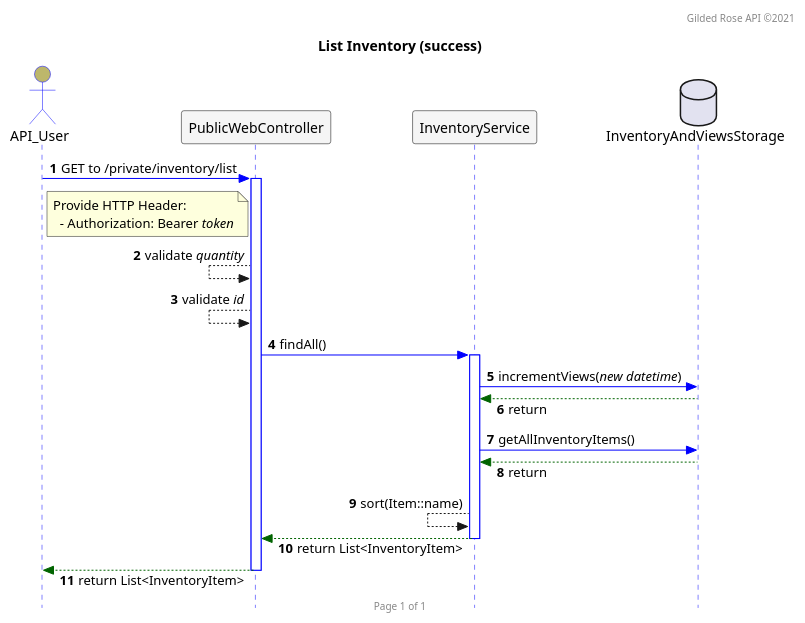
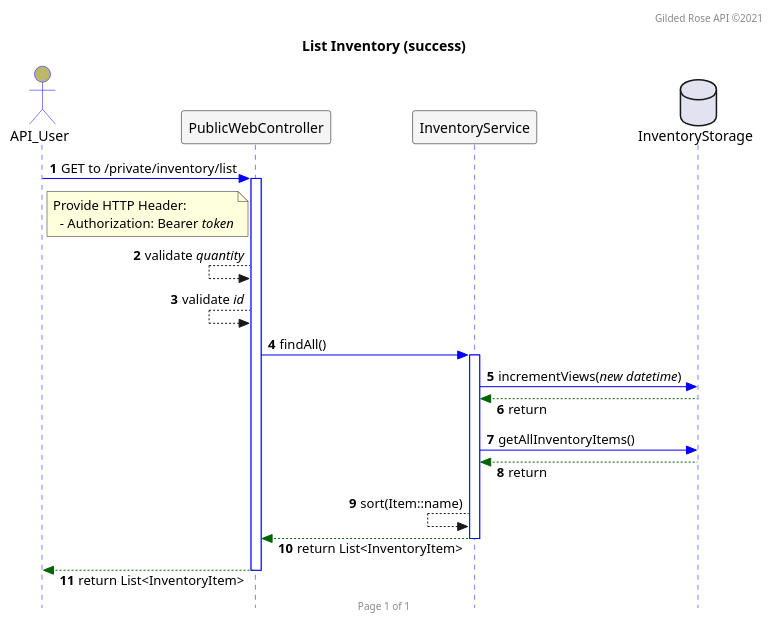
One commit to bladewheels/GildedRoseAPI changed the diagram in src/main/resources/seq.list.puml. Above: the diagram before and after it, drawn with PlantUML.

```diff
--- a/src/main/resources/seq.list.puml
+++ b/src/main/resources/seq.list.puml
@@ -1,47 +1,47 @@
 @startuml
 
 autonumber
 header Gilded Rose API ©2021
 footer Page 1 of 1
 hide footbox
 
 skinparam responseMessageBelowArrow true
 skinparam sequence {
   ActorBackgroundColor DarkKhaki
   ActorBorderColor Blue
   DatabaseBackgroundColor Gray
   DatabaseBorderColor Black
   LifeLineBorderColor Blue
   ParticipantBackgroundColor WhiteSmoke
   ParticipantBorderColor Black
 }
 skinparam style strictuml
 
 title List Inventory (success)
 
 actor API_User
 participant PublicWebController
 participant InventoryService
-database InventoryAndViewsStorage
+database InventoryStorage
 
 API_User -[#0000FF]> PublicWebController : GET to /private/inventory/list
 note right of API_User
  Provide HTTP Header:
    - Authorization: Bearer //token//
 end note
 activate PublicWebController
 PublicWebController <-- PublicWebController : validate //quantity//
 PublicWebController <-- PublicWebController : validate //id//
 PublicWebController -[#0000FF]> InventoryService : findAll()
 activate InventoryService
-InventoryService -[#0000FF]> InventoryAndViewsStorage : incrementViews(//new datetime//)
-InventoryService <[#DarkGreen]-- InventoryAndViewsStorage : return
-InventoryService -[#0000FF]> InventoryAndViewsStorage : getAllInventoryItems()
-InventoryService <[#DarkGreen]-- InventoryAndViewsStorage : return
+InventoryService -[#0000FF]> InventoryStorage : incrementViews(//new datetime//)
+InventoryService <[#DarkGreen]-- InventoryStorage : return
+InventoryService -[#0000FF]> InventoryStorage : getAllInventoryItems()
+InventoryService <[#DarkGreen]-- InventoryStorage : return
 InventoryService <-- InventoryService : sort(Item::name)
 PublicWebController <[#DarkGreen]-- InventoryService : return List<InventoryItem>
 deactivate InventoryService
 API_User <[#DarkGreen]-- PublicWebController : return List<InventoryItem>
 deactivate PublicWebController
 
 @enduml
```
